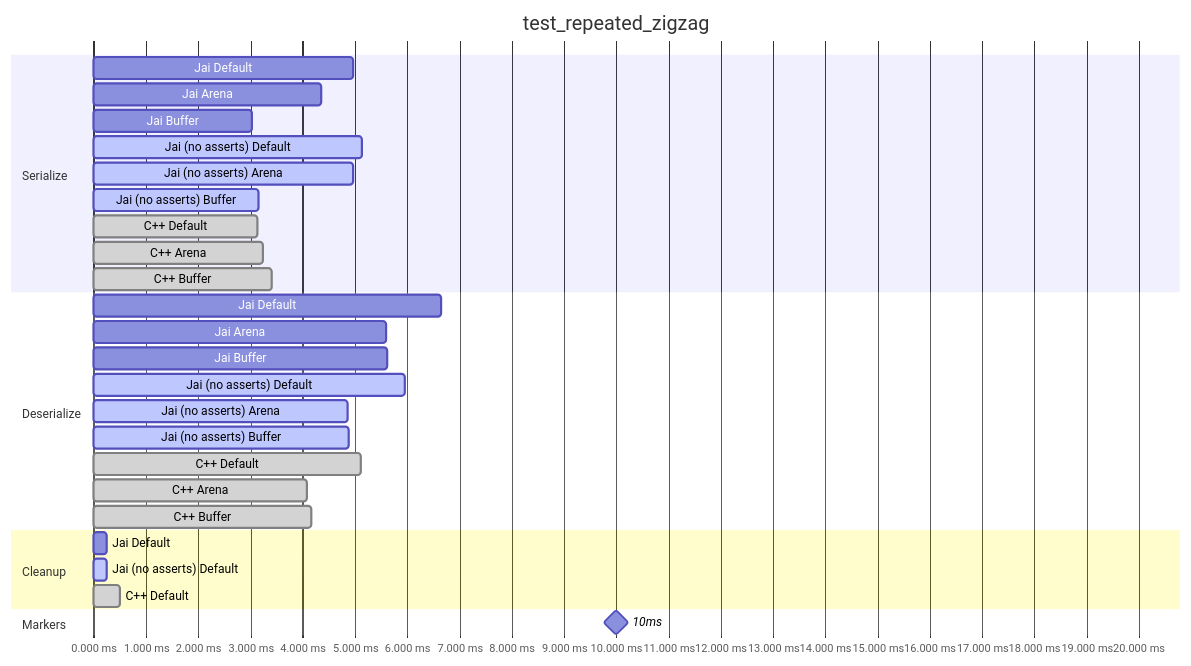
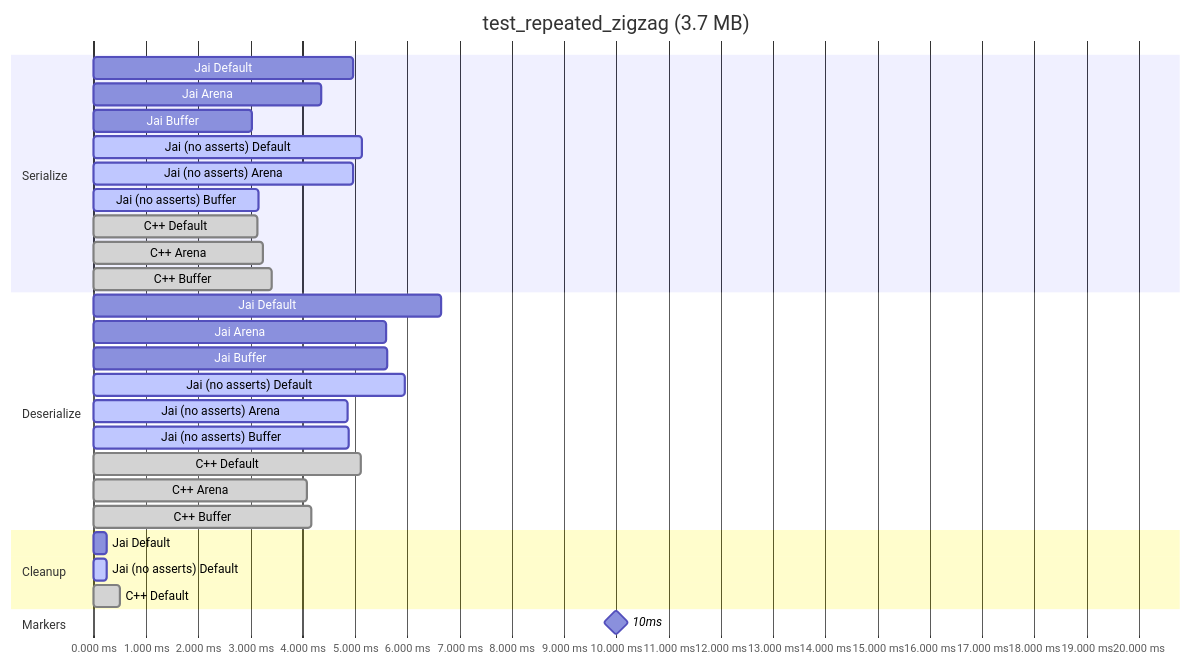
Before and after one commit to segcore/jai-protobuf-timings: the second of 7 diagrams in README.md, drawn with Mermaid. The commit also changed other lines of this file and 1 other file, not shown here.

````diff
--- a/README.md
+++ b/README.md
@@ -49,32 +49,32 @@
 ```mermaid
 gantt
-    title test_repeated_zigzag
+    title test_repeated_zigzag (3.7 MB)
     dateFormat x
     axisFormat %s.%L ms
     section Serialize
         Jai Default : 0, 4.960173s
         Jai Arena : 0, 4.362225s
         Jai Buffer : 0, 3.042585s
         Jai (no asserts) Default :active, 0, 5.134602s
         Jai (no asserts) Arena :active, 0, 4.960659s
         Jai (no asserts) Buffer :active, 0, 3.153309s
         C++ Default :done, 0, 3.131891s
         C++ Arena :done, 0, 3.23374s
         C++ Buffer :done, 0, 3.406066s
     section Deserialize
         Jai Default : 0, 6.651107s
         Jai Arena : 0, 5.59883s
         Jai Buffer : 0, 5.618107s
         Jai (no asserts) Default :active, 0, 5.961678s
         Jai (no asserts) Arena :active, 0, 4.873041s
         Jai (no asserts) Buffer :active, 0, 4.87481s
         C++ Default :done, 0, 5.11038s
         C++ Arena :done, 0, 4.079433s
         C++ Buffer :done, 0, 4.16002s
     section Cleanup
         Jai Default : 0, 0.250407s
         Jai (no asserts) Default :active, 0, 0.250871s
         C++ Default :done, 0, 0.500755s
     section Markers
         10ms : milestone, m1, 0, 20s
 ```
````
